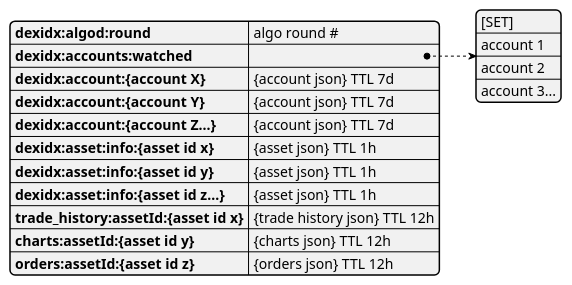
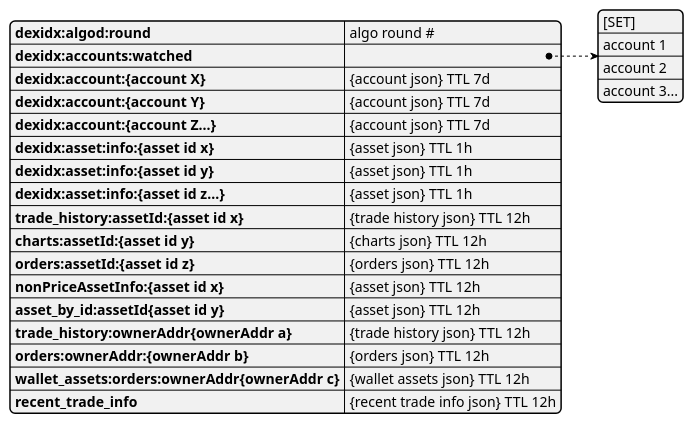
The diagram in diagrams/redis_schema.puml (algodex/algodex-architecture), drawn with PlantUML before and after one commit. The commit also changed 1 other file, not shown here.

Commit message:
Update redis schema

```diff
--- a/diagrams/redis_schema.puml
+++ b/diagrams/redis_schema.puml
@@ -1,20 +1,26 @@
 @startjson
 {
     "dexidx:algod:round" : "algo round #",
     "dexidx:accounts:watched" : [
         "[SET]",
         "account 1",
         "account 2",
         "account 3..."
     ],
     "dexidx:account:{account X}" : "{account json} TTL 7d",
     "dexidx:account:{account Y}" : "{account json} TTL 7d",
     "dexidx:account:{account Z...}" : "{account json} TTL 7d",
     "dexidx:asset:info:{asset id x}" : "{asset json} TTL 1h",
     "dexidx:asset:info:{asset id y}" : "{asset json} TTL 1h",
     "dexidx:asset:info:{asset id z...}" : "{asset json} TTL 1h",
     "trade_history:assetId:{asset id x}" : "{trade history json} TTL 12h",
     "charts:assetId:{asset id y}" : "{charts json} TTL 12h",
-    "orders:assetId:{asset id z}" : "{orders json} TTL 12h"
+    "orders:assetId:{asset id z}" : "{orders json} TTL 12h",
+    "nonPriceAssetInfo:{asset id x}" : "{asset json} TTL 12h",
+    "asset_by_id:assetId{asset id y}" : "{asset json} TTL 12h",
+    "trade_history:ownerAddr{ownerAddr a}" : "{trade history json} TTL 12h",
+    "orders:ownerAddr:{ownerAddr b}" : "{orders json} TTL 12h",
+    "wallet_assets:orders:ownerAddr{ownerAddr c}" : "{wallet assets json} TTL 12h",
+    "recent_trade_info" : "{recent trade info json} TTL 12h"
 }
 @endjson
```
